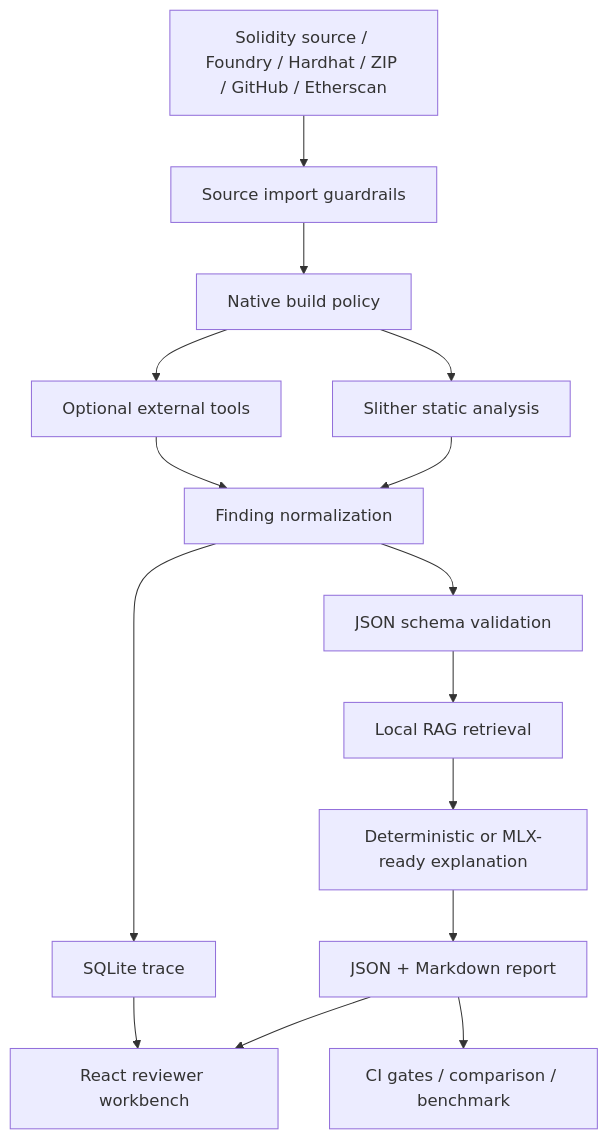
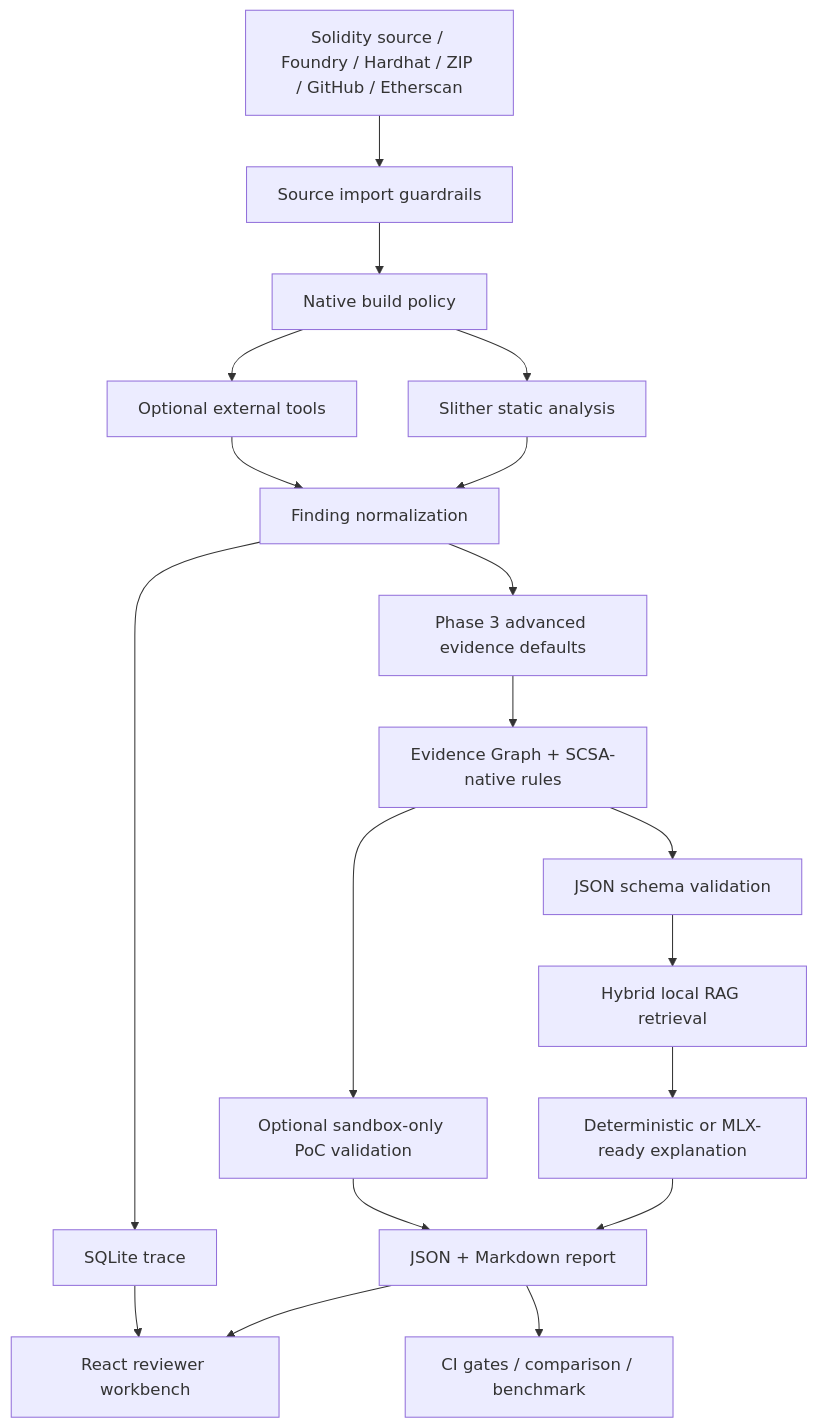
Before and after one commit to Eskasia/smart-contract-security-assistant: the diagram in README.md, drawn with Mermaid. The commit also changed other lines of this file and 107 other files, not shown here.

Commit message:
feat: add evidence platform roadmap implementation

````diff
--- a/README.md
+++ b/README.md
@@ -52,17 +74,21 @@
 ```mermaid
 graph TD
   Source["Solidity source / Foundry / Hardhat / ZIP / GitHub / Etherscan"] --> Import["Source import guardrails"]
   Import --> Policy["Native build policy"]
   Policy --> Slither["Slither static analysis"]
   Policy --> External["Optional external tools"]
   Slither --> Normalize["Finding normalization"]
   External --> Normalize
-  Normalize --> Schema["JSON schema validation"]
-  Schema --> RAG["Local RAG retrieval"]
+  Normalize --> Advanced["Phase 3 advanced evidence defaults"]
+  Advanced --> Graph["Evidence Graph + SCSA-native rules"]
+  Graph --> Schema["JSON schema validation"]
+  Schema --> RAG["Hybrid local RAG retrieval"]
   RAG --> Explain["Deterministic or MLX-ready explanation"]
   Explain --> Report["JSON + Markdown report"]
   Normalize --> Trace["SQLite trace"]
+  Graph --> Sandbox["Optional sandbox-only PoC validation"]
+  Sandbox --> Report
   Report --> Review["React reviewer workbench"]
   Trace --> Review
   Report --> CI["CI gates / comparison / benchmark"]
 ```
````
